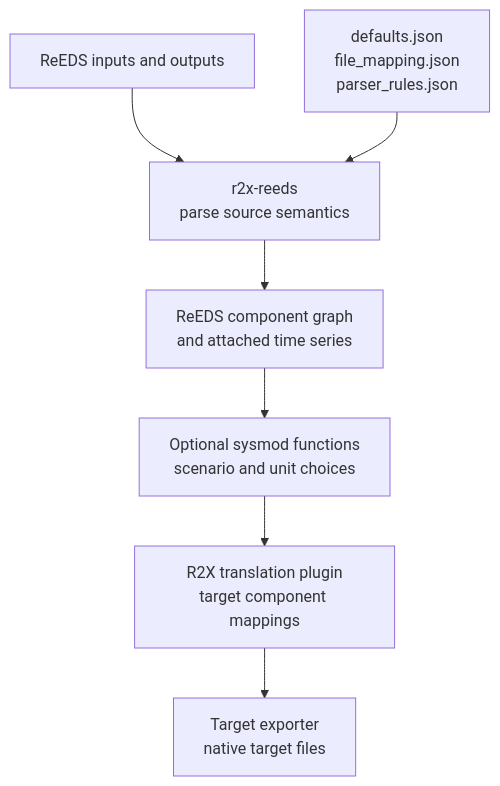
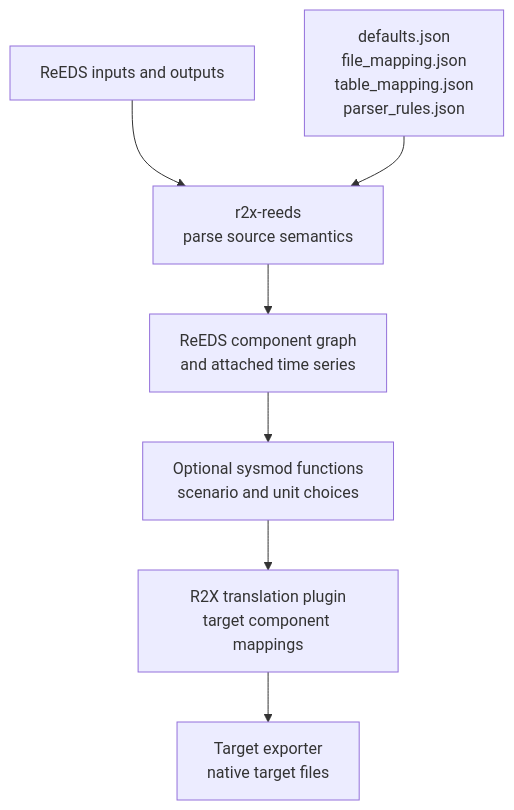
One commit to NatLabRockies/r2x-reeds changed the first of 2 diagrams in docs/src/content/docs/explanation/architecture.md. Above: the diagram before and after it, drawn with Mermaid. The commit also changed other lines of this file and 29 other files, not shown here.

````diff
--- a/docs/src/content/docs/explanation/architecture.md
+++ b/docs/src/content/docs/explanation/architecture.md
@@ -12,9 +12,9 @@
 ```mermaid
 flowchart TD
   A["ReEDS inputs and outputs"] --> P["r2x-reeds<br/>parse source semantics"]
-  C["defaults.json<br/>file_mapping.json<br/>parser_rules.json"] --> P
+  C["defaults.json<br/>file_mapping.json<br/>table_mapping.json<br/>parser_rules.json"] --> P
   P --> S["ReEDS component graph<br/>and attached time series"]
   S --> M["Optional sysmod functions<br/>scenario and unit choices"]
   M --> T["R2X translation plugin<br/>target component mappings"]
   T --> X["Target exporter<br/>native target files"]
 ```
````
